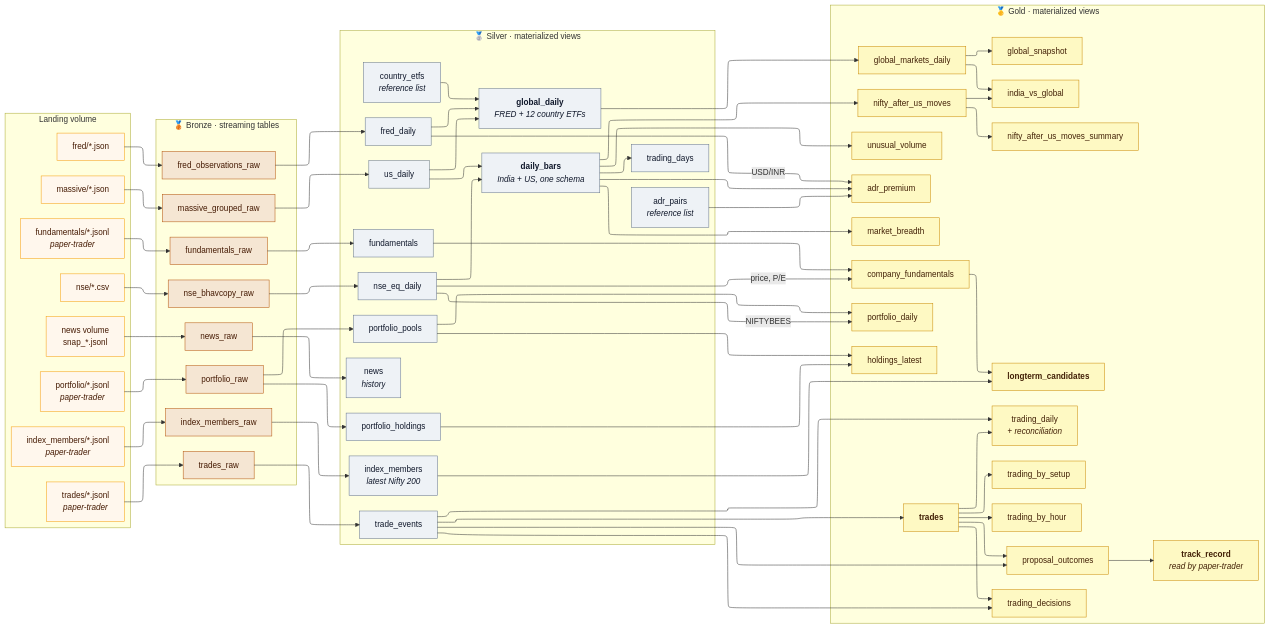
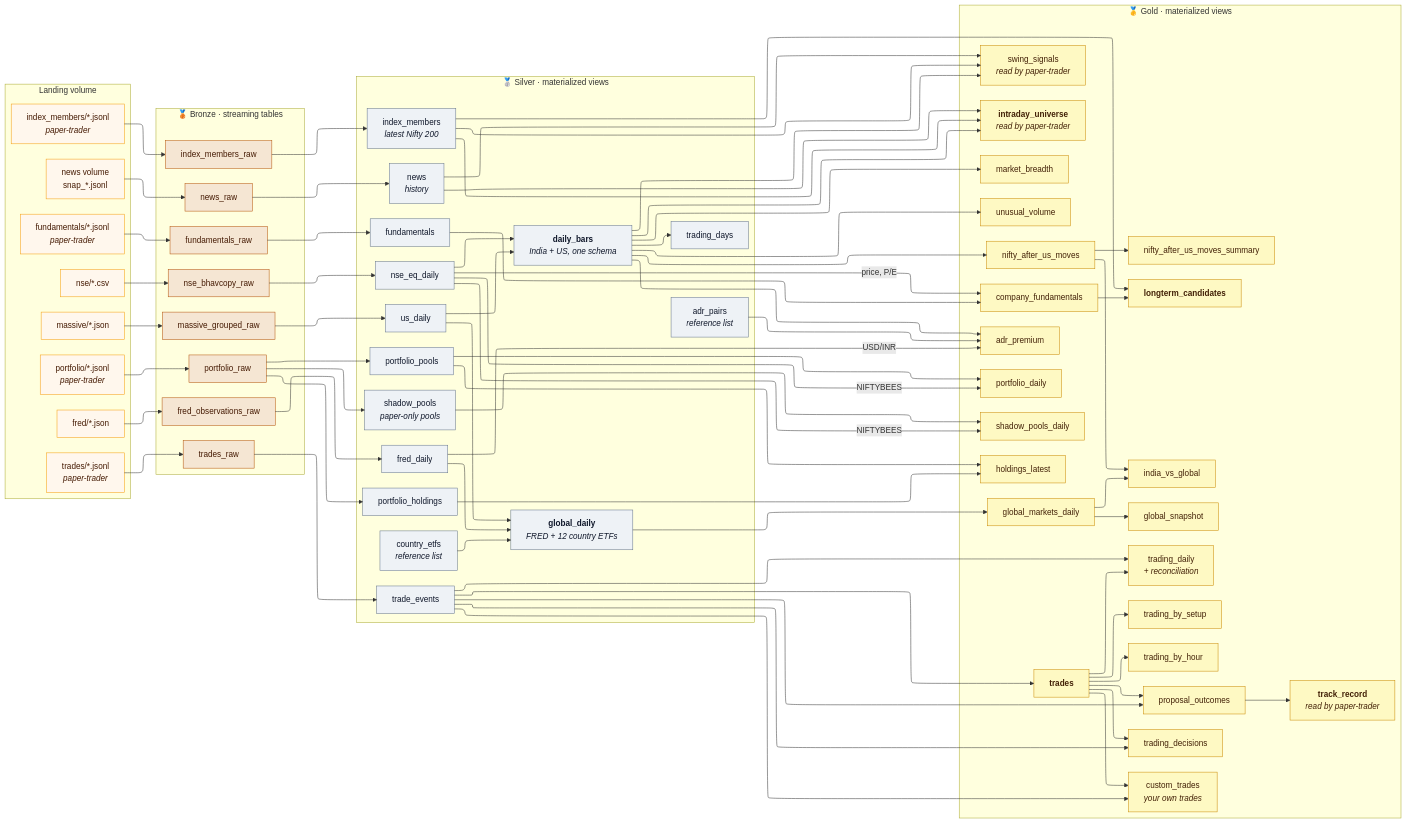
One commit to bumblebee26/stocks_lakehouse changed the diagram in docs/diagrams/03_lineage.mmd. Above: the diagram before and after it, drawn with Mermaid. The commit also changed 12 other files, not shown here.

First line of the commit message:
Docs: track record by sector and direction, custom trades, news-radar tables in lineage (shared docs)

```diff
--- a/docs/diagrams/03_lineage.mmd
+++ b/docs/diagrams/03_lineage.mmd
@@ -1,118 +1,133 @@
 ---
 config:
   layout: elk
   elk:
     mergeEdges: false
     nodePlacementStrategy: NETWORK_SIMPLEX
 ---
 flowchart LR
     subgraph LAND["Landing volume"]
         direction TB
         LN["nse/*.csv"]
         LM["massive/*.json"]
         LF["fred/*.json"]
         LT["trades/*.jsonl<br/><i>paper-trader</i>"]
         LP["portfolio/*.jsonl<br/><i>paper-trader</i>"]
         LU["fundamentals/*.jsonl<br/><i>paper-trader</i>"]
         LI["index_members/*.jsonl<br/><i>paper-trader</i>"]
         LW["news volume<br/>snap_*.jsonl"]
     end
 
     subgraph B["🥉 Bronze · streaming tables"]
         direction TB
         B1["nse_bhavcopy_raw"]
         B2["massive_grouped_raw"]
         B3["fred_observations_raw"]
         B4["trades_raw"]
         B5["portfolio_raw"]
         B6["fundamentals_raw"]
         B7["index_members_raw"]
         B8["news_raw"]
     end
 
     subgraph S["🥈 Silver · materialized views"]
         direction TB
         S1["nse_eq_daily"]
         S2["us_daily"]
         S3["<b>daily_bars</b><br/><i>India + US, one schema</i>"]
         S4["trading_days"]
         S5["fred_daily"]
         S6["<b>global_daily</b><br/><i>FRED + 12 country ETFs</i>"]
         S7["trade_events"]
         S8["portfolio_pools"]
         S9["portfolio_holdings"]
         S10["fundamentals"]
         S11["index_members<br/><i>latest Nifty 200</i>"]
         S12["news<br/><i>history</i>"]
         S13["country_etfs<br/><i>reference list</i>"]
         S14["adr_pairs<br/><i>reference list</i>"]
+        S15["shadow_pools<br/><i>paper-only pools</i>"]
     end
 
     subgraph G["🥇 Gold · materialized views"]
         direction TB
         G1["unusual_volume"]
         G2["market_breadth"]
         G3["nifty_after_us_moves"]
         G4["nifty_after_us_moves_summary"]
         G5["adr_premium"]
         G6["global_markets_daily"]
         G7["global_snapshot"]
         G8["india_vs_global"]
         G9["<b>trades</b>"]
         G10["trading_daily<br/><i>+ reconciliation</i>"]
         G11["trading_by_setup"]
         G12["trading_by_hour"]
         G13["trading_decisions"]
         G14["portfolio_daily"]
         G15["holdings_latest"]
         G16["company_fundamentals"]
         G17["<b>longterm_candidates</b>"]
         G18["proposal_outcomes"]
         G19["<b>track_record</b><br/><i>read by paper-trader</i>"]
+        G20["custom_trades<br/><i>your own trades</i>"]
+        G21["<b>intraday_universe</b><br/><i>read by paper-trader</i>"]
+        G22["swing_signals<br/><i>read by paper-trader</i>"]
+        G23["shadow_pools_daily"]
     end
 
     LN --> B1 --> S1 --> S3
     LM --> B2 --> S2 --> S3
     LF --> B3 --> S5 --> S6
     S2 --> S6
     S13 --> S6
     S3 --> S4
     S3 --> G1
     S3 --> G2
     S3 --> G3 --> G4
     S3 --> G5
     S14 --> G5
     S5 -- "USD/INR" --> G5
     S6 --> G6 --> G7
     G6 --> G8
     G3 --> G8
     LT --> B4 --> S7 --> G9
     G9 --> G10
     S7 --> G10
     G9 --> G11
     G9 --> G12
     G9 --> G13
     S7 --> G13
     S7 --> G18
     G9 --> G18 --> G19
     LP --> B5
     B5 --> S8
     B5 --> S9
     S8 --> G14
     S1 -- "NIFTYBEES" --> G14
     S9 --> G15
     S8 --> G15
     LU --> B6 --> S10 --> G16
     S1 -- "price, P/E" --> G16
     LI --> B7 --> S11 --> G17
     G16 --> G17
     LW --> B8 --> S12
+    G9 --> G20
+    S7 --> G20
+    B5 --> S15 --> G23
+    S1 -- "NIFTYBEES" --> G23
+    S3 --> G21
+    S11 --> G21
+    S12 --> G21
+    S3 --> G22
+    S11 --> G22
+    S12 --> G22
 
     classDef land fill:#fff7ed,stroke:#f59e0b,color:#451a03
     classDef bronze fill:#f5e6d3,stroke:#b45309,color:#451a03
     classDef silver fill:#eef2f6,stroke:#64748b,color:#0f172a
     classDef gold fill:#fef9c3,stroke:#ca8a04,color:#422006
     class LN,LM,LF,LT,LP,LU,LI,LW land
     class B1,B2,B3,B4,B5,B6,B7,B8 bronze
-    class S1,S2,S3,S4,S5,S6,S7,S8,S9,S10,S11,S12,S13,S14 silver
-    class G1,G2,G3,G4,G5,G6,G7,G8,G9,G10,G11,G12,G13,G14,G15,G16,G17,G18,G19 gold
+    class S1,S2,S3,S4,S5,S6,S7,S8,S9,S10,S11,S12,S13,S14,S15 silver
+    class G1,G2,G3,G4,G5,G6,G7,G8,G9,G10,G11,G12,G13,G14,G15,G16,G17,G18,G19,G20,G21,G22,G23 gold
```
